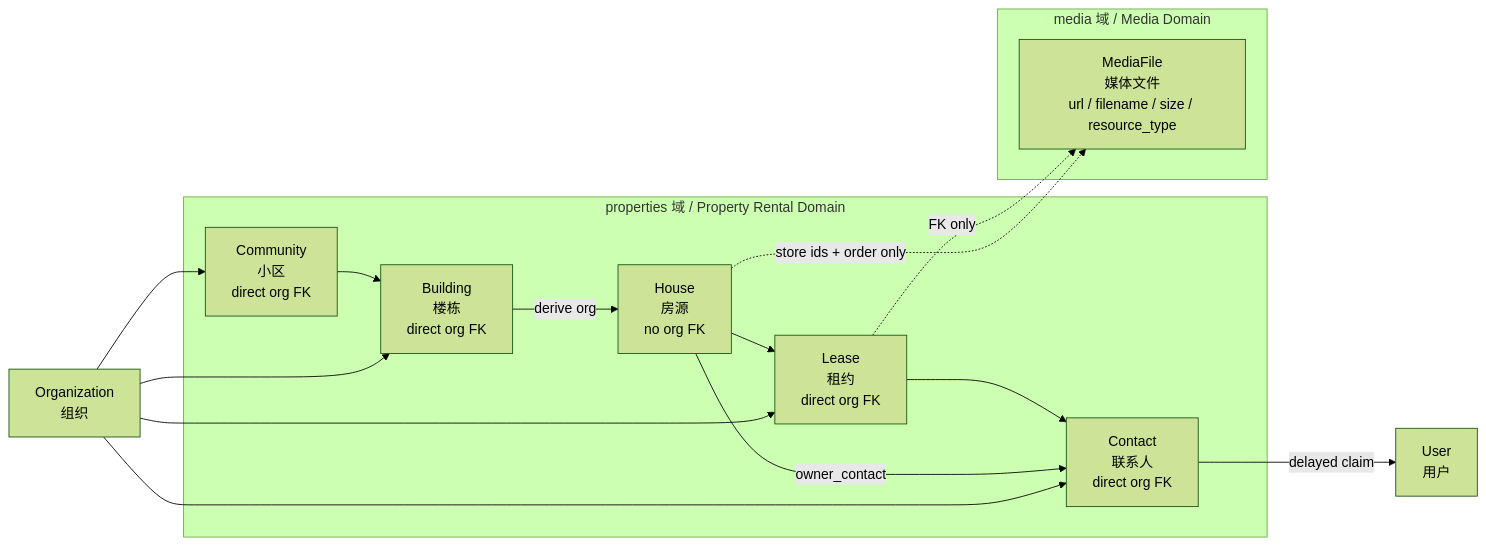
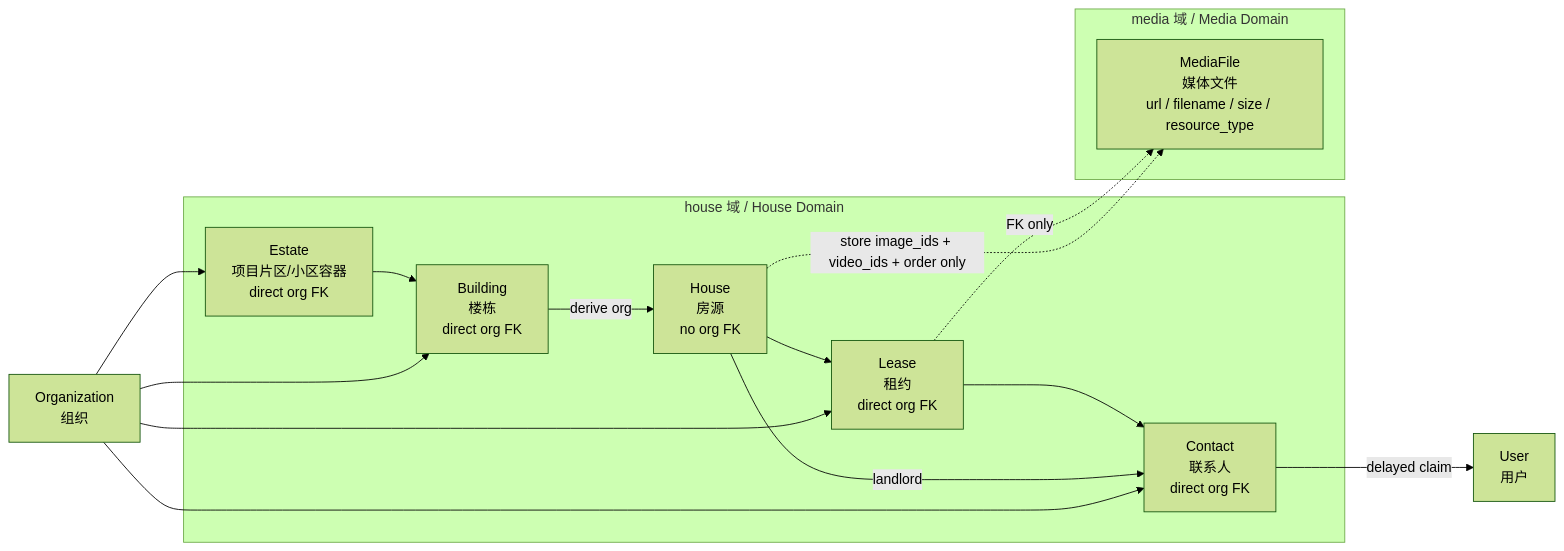
One commit to ol0o0lo/linkcloud-space changed the fifth of 6 diagrams in openspec/changes/property-rental-management/design.md. Above: the diagram before and after it, drawn with Mermaid (forest theme). The commit also changed other lines of this file and 7 other files, not shown here.

````diff
--- a/openspec/changes/property-rental-management/design.md
+++ b/openspec/changes/property-rental-management/design.md
@@ -80,32 +332,32 @@
 ```mermaid
 flowchart LR
-    subgraph property["properties 域 / Property Rental Domain"]
-        community2["Community<br/>小区<br/>direct org FK"]
+    subgraph house_domain["house 域 / House Domain"]
+        estate2["Estate<br/>项目片区/小区容器<br/>direct org FK"]
         building2["Building<br/>楼栋<br/>direct org FK"]
         house2["House<br/>房源<br/>no org FK"]
         contact2["Contact<br/>联系人<br/>direct org FK"]
         lease2["Lease<br/>租约<br/>direct org FK"]
     end
 
     subgraph media_domain["media 域 / Media Domain"]
         media2["MediaFile<br/>媒体文件<br/>url / filename / size / resource_type"]
     end
 
     org2["Organization<br/>组织"]
     user2["User<br/>用户"]
 
-    org2 --> community2
+    org2 --> estate2
     org2 --> building2
     org2 --> contact2
     org2 --> lease2
 
-    community2 --> building2
+    estate2 --> building2
     building2 -->|"derive org"| house2
-    house2 -->|"owner_contact"| contact2
+    house2 -->|"landlord"| contact2
     house2 --> lease2
     lease2 --> contact2
     contact2 -->|"delayed claim"| user2
 
-    house2 -.->|"store ids + order only"| media2
+    house2 -.->|"store image_ids + video_ids + order only"| media2
     lease2 -.->|"FK only"| media2
 ```
````
